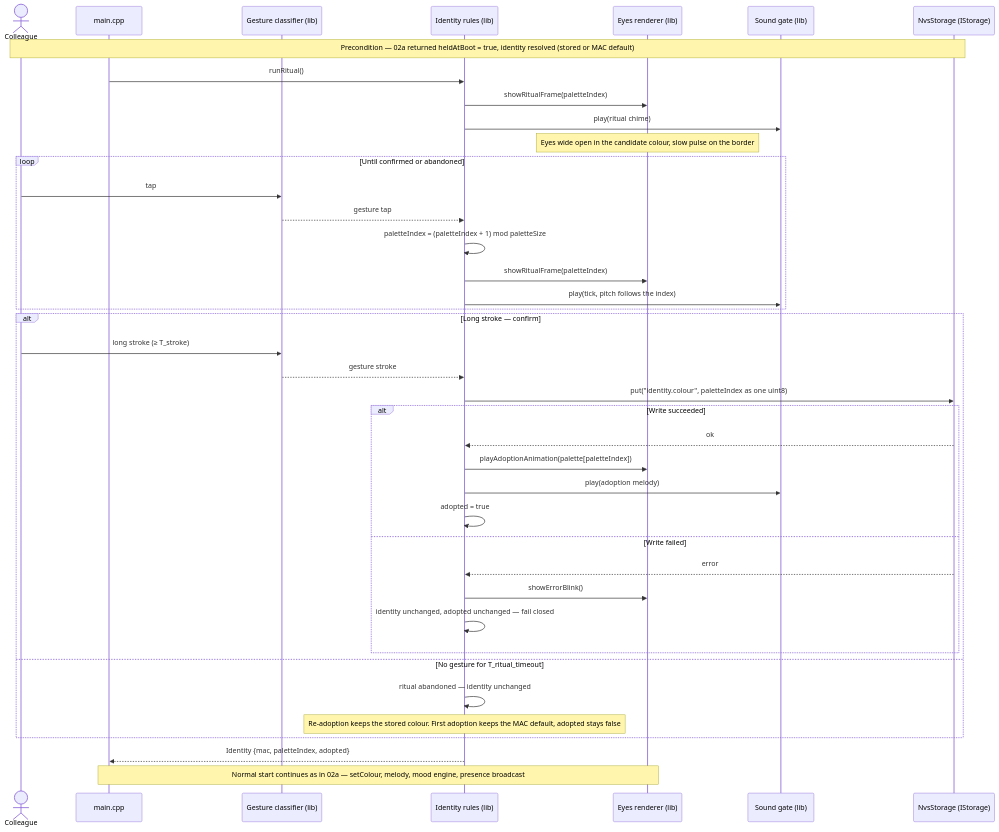
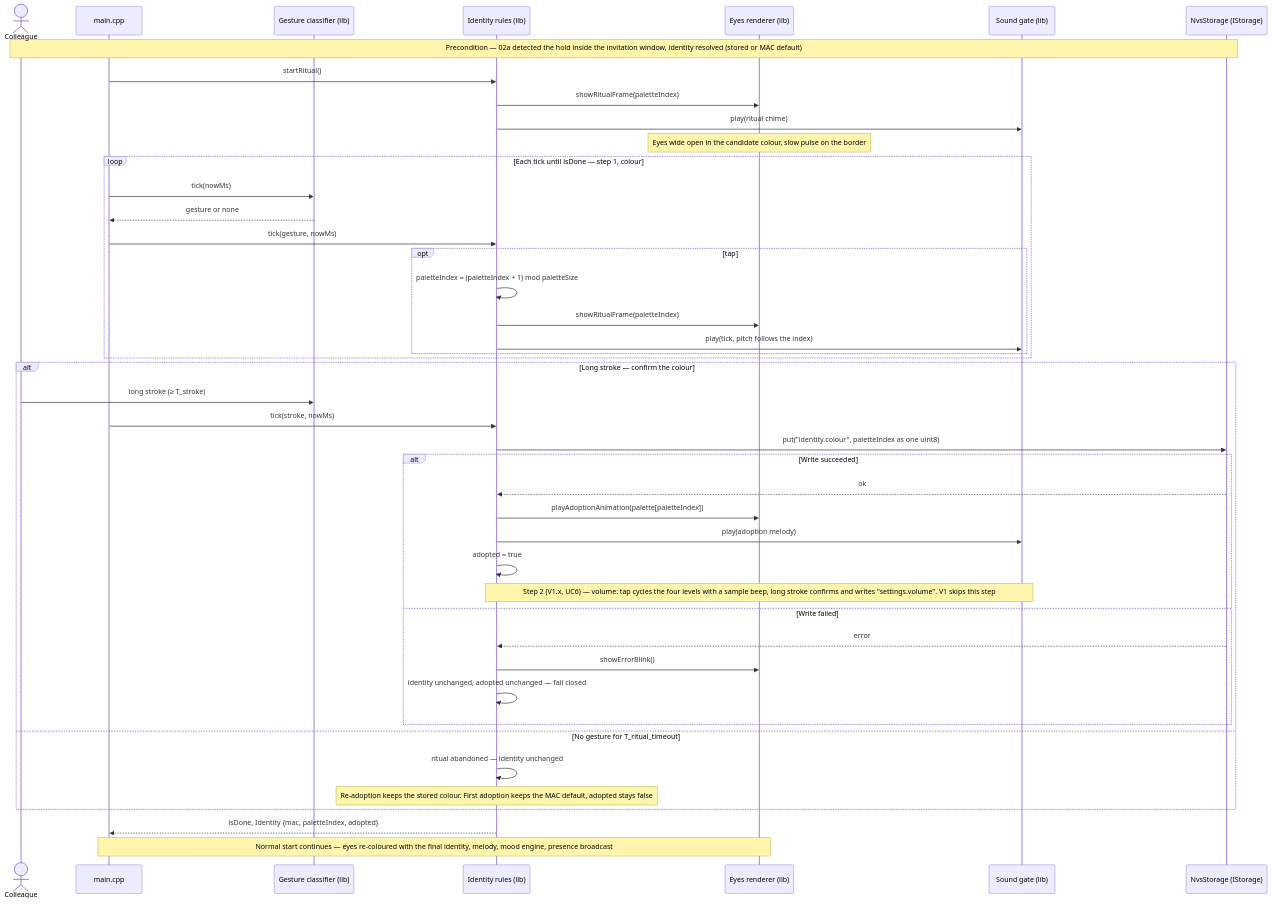
One commit to benoit-bremaud/cubbies changed the diagram in docs/architecture/diagrams/identity/02b-sequence-adoption-ritual.md. Above: the diagram before and after it, drawn with Mermaid. The commit also changed other lines of this file and 19 other files, not shown here.

First line of the commit message:
docs(architecture): pass the cube-core PDR (ADR-0013) (#8)

````diff
--- a/docs/architecture/diagrams/identity/02b-sequence-adoption-ritual.md
+++ b/docs/architecture/diagrams/identity/02b-sequence-adoption-ritual.md
@@ -20,45 +21,49 @@
 ```mermaid
 sequenceDiagram
   actor C as Colleague
   participant M as main.cpp
   participant G as Gesture classifier (lib)
   participant I as Identity rules (lib)
   participant E as Eyes renderer (lib)
   participant A as Sound gate (lib)
   participant S as NvsStorage (IStorage)
 
-  Note over C,S: Precondition — 02a returned heldAtBoot = true, identity resolved (stored or MAC default)
-  M->>I: runRitual()
+  Note over C,S: Precondition — 02a detected the hold inside the invitation window, identity resolved (stored or MAC default)
+  M->>I: startRitual()
   I->>E: showRitualFrame(paletteIndex)
   I->>A: play(ritual chime)
   Note over E: Eyes wide open in the candidate colour, slow pulse on the border
 
-  loop Until confirmed or abandoned
-    C->>G: tap
-    G-->>I: gesture tap
-    I->>I: paletteIndex = (paletteIndex + 1) mod paletteSize
-    I->>E: showRitualFrame(paletteIndex)
-    I->>A: play(tick, pitch follows the index)
+  loop Each tick until isDone — step 1, colour
+    M->>G: tick(nowMs)
+    G-->>M: gesture or none
+    M->>I: tick(gesture, nowMs)
+    opt tap
+      I->>I: paletteIndex = (paletteIndex + 1) mod paletteSize
+      I->>E: showRitualFrame(paletteIndex)
+      I->>A: play(tick, pitch follows the index)
+    end
   end
 
-  alt Long stroke — confirm
+  alt Long stroke — confirm the colour
     C->>G: long stroke (≥ T_stroke)
-    G-->>I: gesture stroke
+    M->>I: tick(stroke, nowMs)
     I->>S: put("identity.colour", paletteIndex as one uint8)
     alt Write succeeded
       S-->>I: ok
       I->>E: playAdoptionAnimation(palette[paletteIndex])
       I->>A: play(adoption melody)
       I->>I: adopted = true
+      Note over I,A: Step 2 (V1.x, UC6) — volume: tap cycles the four levels with a sample beep, long stroke confirms and writes "settings.volume". V1 skips this step
     else Write failed
       S-->>I: error
       I->>E: showErrorBlink()
       I->>I: identity unchanged, adopted unchanged — fail closed
     end
   else No gesture for T_ritual_timeout
     I->>I: ritual abandoned — identity unchanged
     Note over I: Re-adoption keeps the stored colour. First adoption keeps the MAC default, adopted stays false
   end
-  I-->>M: Identity {mac, paletteIndex, adopted}
-  Note over M,E: Normal start continues as in 02a — setColour, melody, mood engine, presence broadcast
+  I-->>M: isDone, Identity {mac, paletteIndex, adopted}
+  Note over M,E: Normal start continues — eyes re-coloured with the final identity, melody, mood engine, presence broadcast
 ```
````
